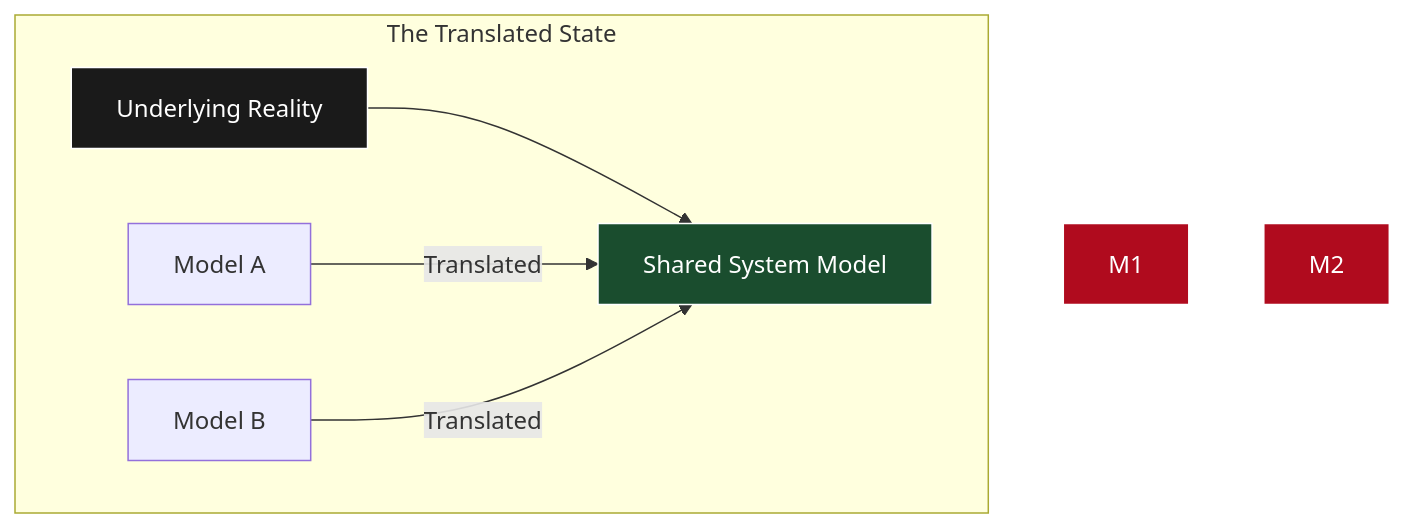
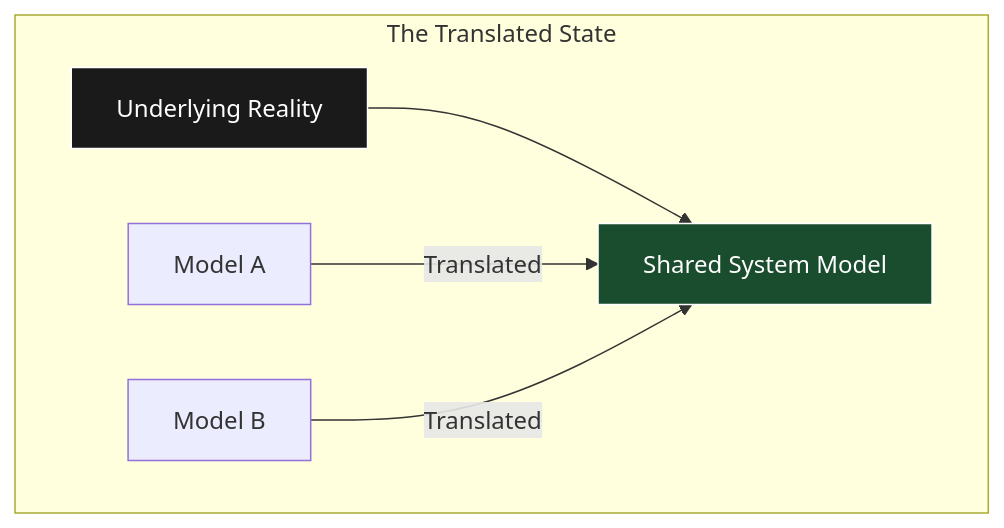
One commit to Shelbournator/thoughts changed the second of 2 diagrams in _posts/2026-04-01-alignment-without-control.md. Above: the diagram before and after it, drawn with Mermaid.

````diff
--- a/_posts/2026-04-01-alignment-without-control.md
+++ b/_posts/2026-04-01-alignment-without-control.md
@@ -64,13 +64,11 @@
 ```mermaid
 graph TD
     subgraph "The Translated State"
         R2[Underlying Reality] --> SM[Shared System Model]
         M1_B[Model A] -->|Translated| SM
         M2_B[Model B] -->|Translated| SM
     end
     
     style R2 fill:#1a1a1a,stroke:#fff,color:#fff
-    style M1 fill:#b00b1e,stroke:#fff,color:#fff
-    style M2 fill:#b00b1e,stroke:#fff,color:#fff
     style SM fill:#1a4d2e,stroke:#fff,color:#fff
 ```
````
